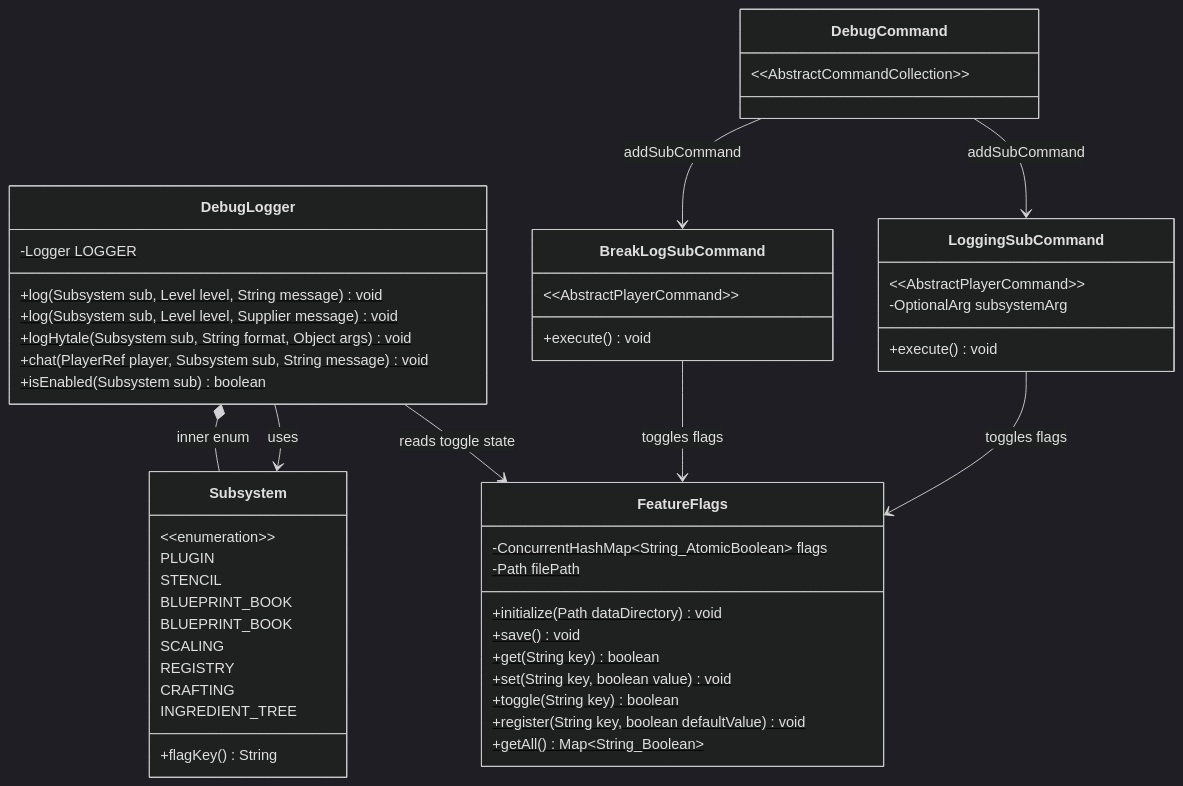
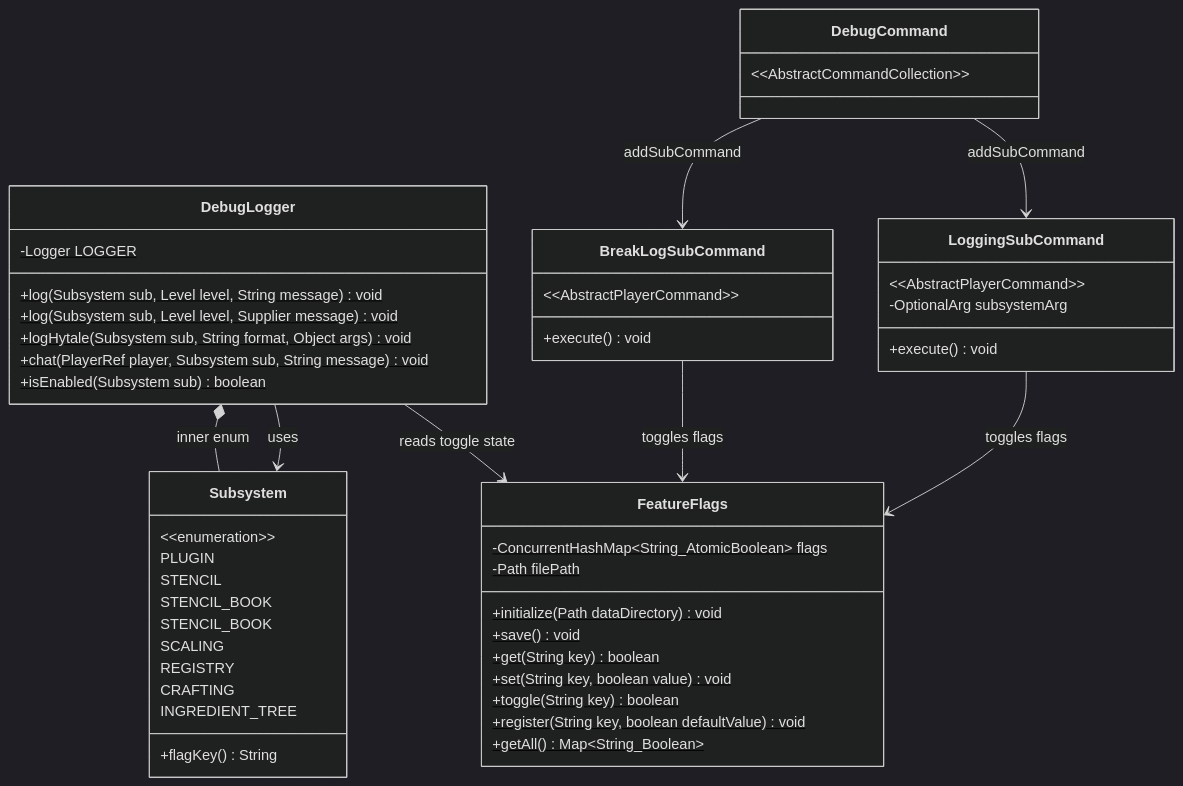
Before and after one commit to TheCodeCreature/Hytale-Example-Plugin: the first of 3 diagrams in docs/design-feature-flags-debug-logger.md, drawn with Mermaid (dark theme). The commit also changed other lines of this file and 289 other files, not shown here.

````diff
--- a/docs/design-feature-flags-debug-logger.md
+++ b/docs/design-feature-flags-debug-logger.md
@@ -30,59 +30,59 @@
 ```mermaid
 classDiagram
     class FeatureFlags {
         -ConcurrentHashMap~String_AtomicBoolean~ flags$
         -Path filePath$
         +initialize(Path dataDirectory)$ void
         +save()$ void
         +get(String key)$ boolean
         +set(String key, boolean value)$ void
         +toggle(String key)$ boolean
         +register(String key, boolean defaultValue)$ void
         +getAll()$ Map~String_Boolean~
     }
 
     class DebugLogger {
         -Logger LOGGER$
         +log(Subsystem sub, Level level, String message)$ void
         +log(Subsystem sub, Level level, Supplier message)$ void
         +logHytale(Subsystem sub, String format, Object args)$ void
         +chat(PlayerRef player, Subsystem sub, String message)$ void
         +isEnabled(Subsystem sub)$ boolean
     }
 
     class Subsystem {
         &lt;&lt;enumeration&gt;&gt;
         PLUGIN
         STENCIL
-        BLUEPRINT_BOOK
-        BLUEPRINT_BOOK
+        STENCIL_BOOK
+        STENCIL_BOOK
         SCALING
         REGISTRY
         CRAFTING
         INGREDIENT_TREE
         +flagKey() String
     }
 
     class DebugCommand {
         &lt;&lt;AbstractCommandCollection&gt;&gt;
     }
 
     class LoggingSubCommand {
         &lt;&lt;AbstractPlayerCommand&gt;&gt;
         -OptionalArg subsystemArg
         +execute() void
     }
 
     class BreakLogSubCommand {
         &lt;&lt;AbstractPlayerCommand&gt;&gt;
         +execute() void
     }
 
     DebugLogger --> FeatureFlags : reads toggle state
     DebugLogger --> Subsystem : uses
     DebugCommand --> LoggingSubCommand : addSubCommand
     DebugCommand --> BreakLogSubCommand : addSubCommand
     LoggingSubCommand --> FeatureFlags : toggles flags
     BreakLogSubCommand --> FeatureFlags : toggles flags
     Subsystem --* DebugLogger : inner enum
 ```
````
